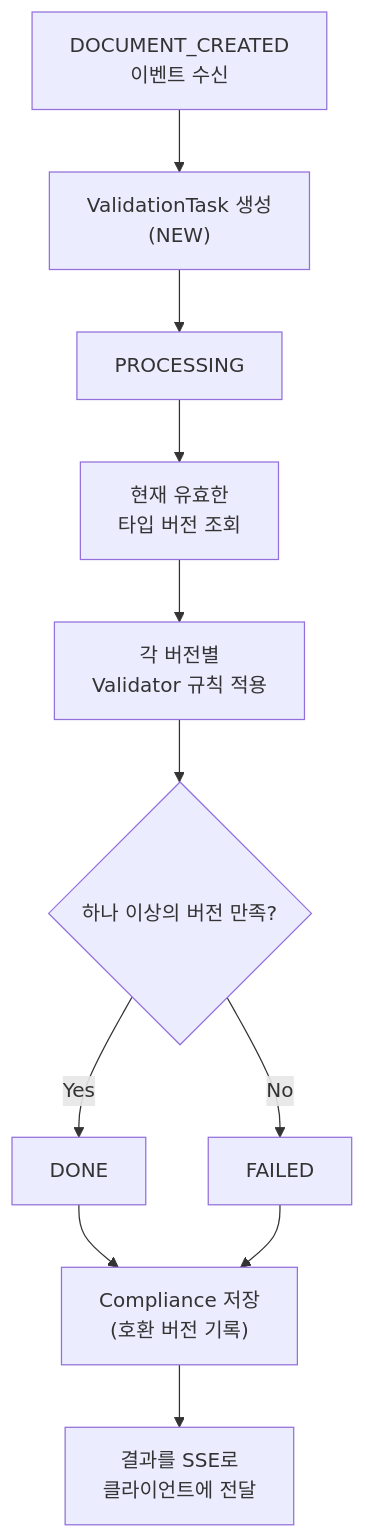
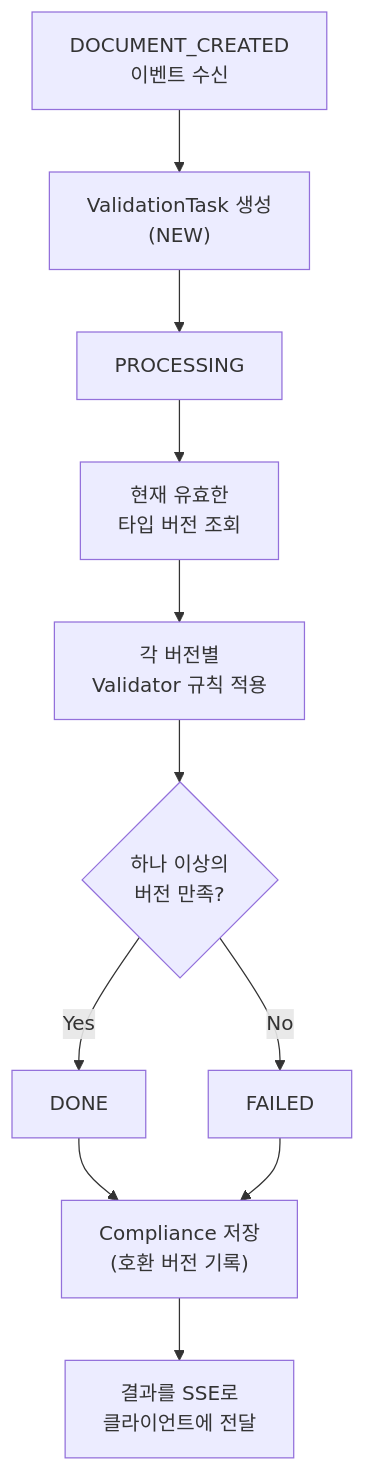
Before and after one commit to sayaya1090/handbook: the fifth of 9 diagrams in docs/usecases.md, drawn with Mermaid. The commit also changed other lines of this file and 645 other files, not shown here.

````diff
--- a/docs/usecases.md
+++ b/docs/usecases.md
@@ -944,13 +716,13 @@
 ```mermaid
 flowchart TD
     A["DOCUMENT_CREATED<br/>이벤트 수신"] --> B["ValidationTask 생성<br/>(NEW)"]
     B --> C["PROCESSING"]
     C --> D["현재 유효한<br/>타입 버전 조회"]
     D --> E["각 버전별<br/>Validator 규칙 적용"]
-    E --> F{"하나 이상의 버전 만족?"}
+    E --> F{하나 이상의<br/>버전 만족?}
     F -->|Yes| G["DONE"]
     F -->|No| H["FAILED"]
     G --> I["Compliance 저장<br/>(호환 버전 기록)"]
     H --> I
     I --> J["결과를 SSE로<br/>클라이언트에 전달"]
 ```
````
